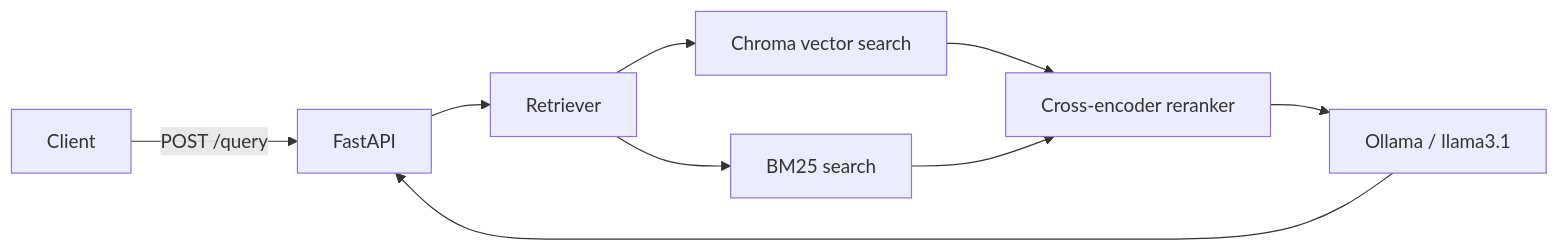
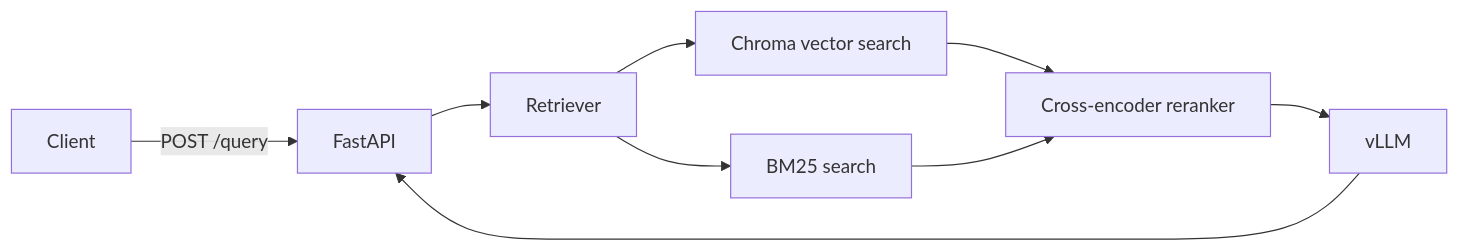
One commit to bomin0624/ollama-rag-webapp changed the diagram in README.md. Above: the diagram before and after it, drawn with Mermaid. The commit also changed other lines of this file and 15 other files, not shown here.

````diff
--- a/README.md
+++ b/README.md
@@ -10,11 +10,11 @@
 ```mermaid
 flowchart LR
     Client -->|POST /query| API[FastAPI]
     API --> Retriever
     Retriever --> Vector[Chroma vector search]
     Retriever --> BM25[BM25 search]
     Vector --> Reranker[Cross-encoder reranker]
     BM25 --> Reranker
-    Reranker --> Ollama[Ollama / llama3.1]
-    Ollama --> API
+    Reranker --> LLM[vLLM]
+    LLM --> API
 ```
````
